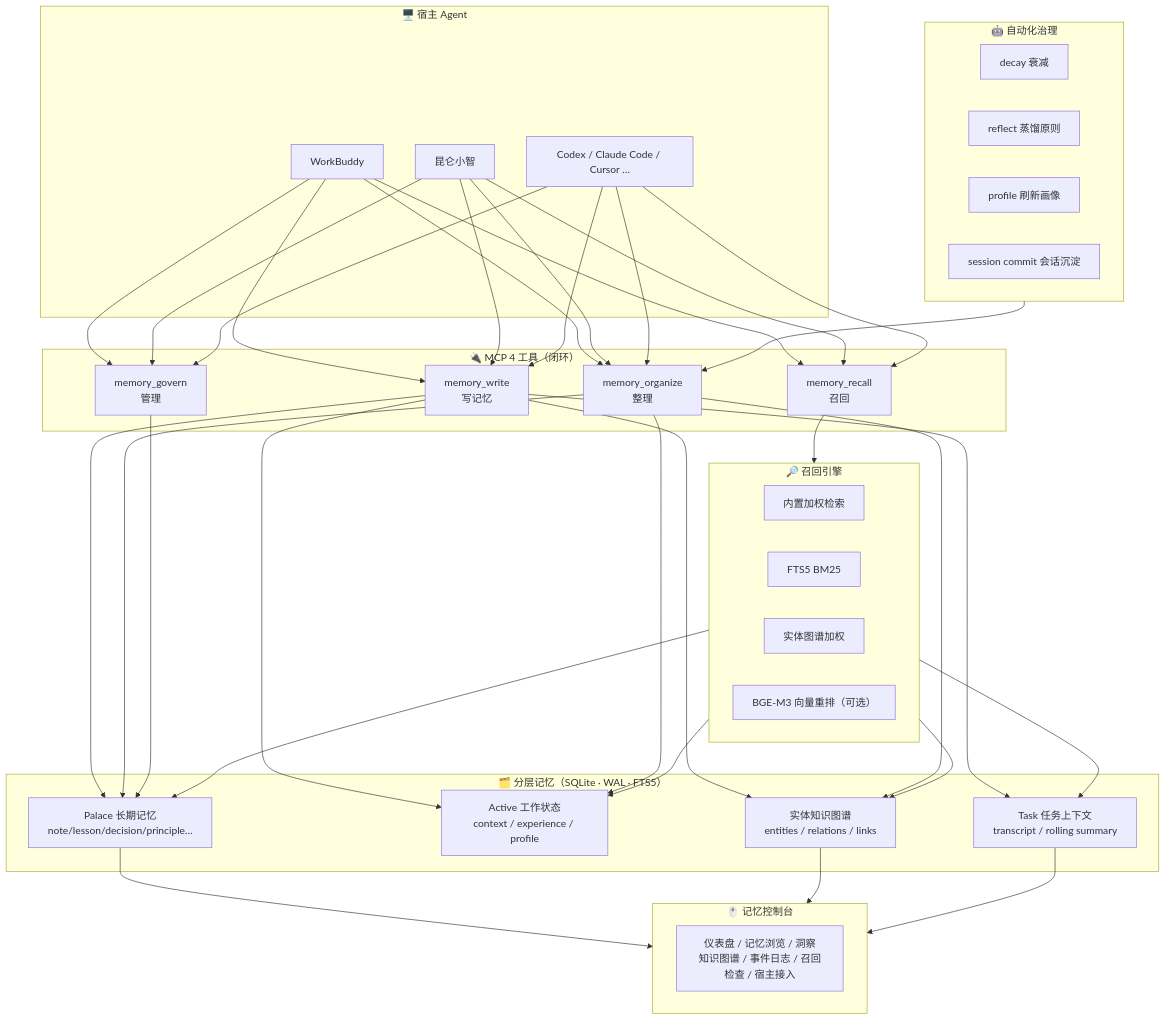
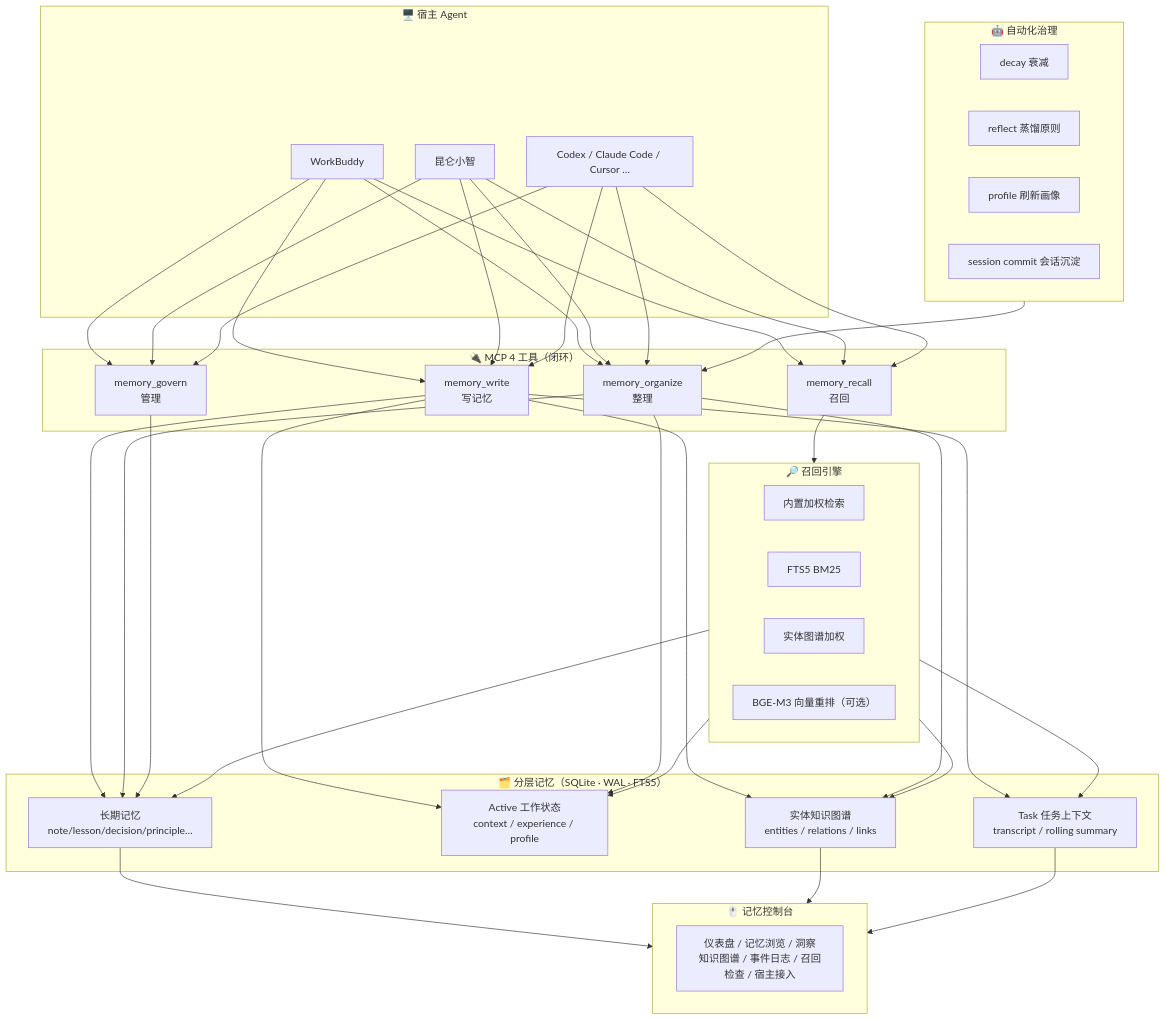
Before and after one commit to xdragonjia/leafmem: the diagram in README.md, drawn with Mermaid. The commit also changed other lines of this file and 5 other files, not shown here.

First line of the commit message:
docs+agents: rename Palace to 长期记忆 in user-facing text; wire task_append trigger into host instructions

````diff
--- a/README.md
+++ b/README.md
@@ -33,51 +33,51 @@
 ```mermaid
 flowchart TB
     subgraph Hosts["🖥️ 宿主 Agent"]
         WB["WorkBuddy"]
         KXZ["昆仑小智"]
         CODEX["Codex / Claude Code / Cursor …"]
     end
 
     subgraph MCP["🔌 MCP 4 工具（闭环）"]
         W["memory_write<br/>写记忆"]
         R["memory_recall<br/>召回"]
         O["memory_organize<br/>整理"]
         G["memory_govern<br/>管理"]
     end
 
     subgraph Layers["🗂️ 分层记忆（SQLite · WAL · FTS5）"]
-        PALACE["Palace 长期记忆<br/>note/lesson/decision/principle…"]
+        PALACE["长期记忆<br/>note/lesson/decision/principle…"]
         ACTIVE["Active 工作状态<br/>context / experience / profile"]
         TASK["Task 任务上下文<br/>transcript / rolling summary"]
         GRAPH["实体知识图谱<br/>entities / relations / links"]
     end
 
     subgraph Retrieval["🔎 召回引擎"]
         BUILTIN["内置加权检索"]
         FTS["FTS5 BM25"]
         ENTITY["实体图谱加权"]
         RERANK["BGE-M3 向量重排（可选）"]
     end
 
     subgraph Ops["🤖 自动化治理"]
         DECAY["decay 衰减"]
         REFLECT["reflect 蒸馏原则"]
         PROFILE["profile 刷新画像"]
         COMMIT["session commit 会话沉淀"]
     end
 
     subgraph Console["🖱️ 记忆控制台"]
         UI["仪表盘 / 记忆浏览 / 洞察<br/>知识图谱 / 事件日志 / 召回检查 / 宿主接入"]
     end
 
     WB & KXZ & CODEX --> W & R & O & G
     W --> PALACE & ACTIVE & TASK
     W --> GRAPH
     O --> PALACE & ACTIVE
     O --> GRAPH
     G --> PALACE
     R --> Retrieval
     Retrieval --> PALACE & ACTIVE & TASK & GRAPH
     Ops --> O
     PALACE & GRAPH & TASK --> Console
 ```
````
